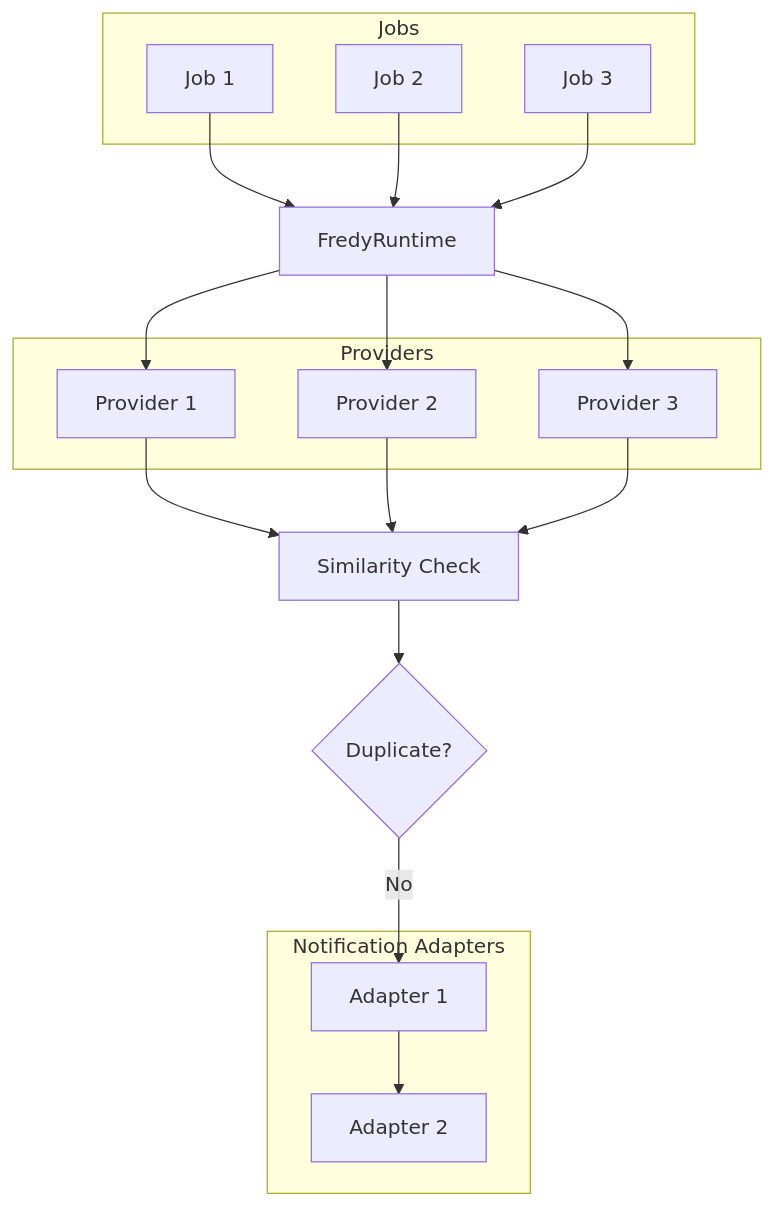
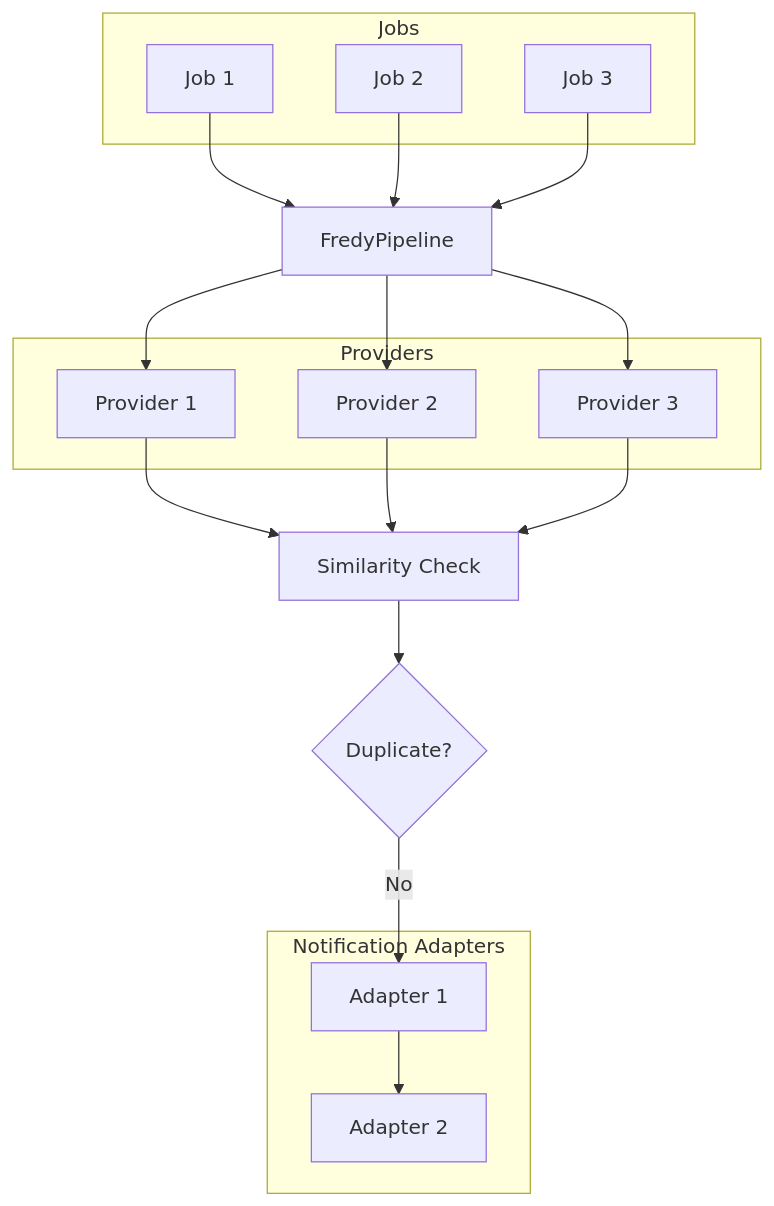
The diagram in README.md (orangecoding/fredy), drawn with Mermaid before and after one commit. The commit also changed 6 other files, not shown here.

Commit message:
upgrading dependencies / FredyRuntime >> FredyPipeline

````diff
--- a/README.md
+++ b/README.md
@@ -188,28 +188,28 @@
 ``` mermaid
 flowchart TD
  subgraph Jobs["Jobs"]
         A1["Job 1"]
         A2["Job 2"]
         A3["Job 3"]
   end
  subgraph Providers["Providers"]
         C1["Provider 1"]
         C2["Provider 2"]
         C3["Provider 3"]
   end
  subgraph NotificationAdapters["Notification Adapters"]
         F1["Adapter 1"]
         F2["Adapter 2"]
   end
 
-    A1 --> B["FredyRuntime"]
+    A1 --> B["FredyPipeline"]
     A2 --> B
     A3 --> B
     B --> C1 & C2 & C3
     C1 --> D["Similarity Check"]
     C2 --> D
     C3 --> D
     D --> E{"Duplicate?"}
     E -- No --> F1
     F1 --> F2
 ```
````
